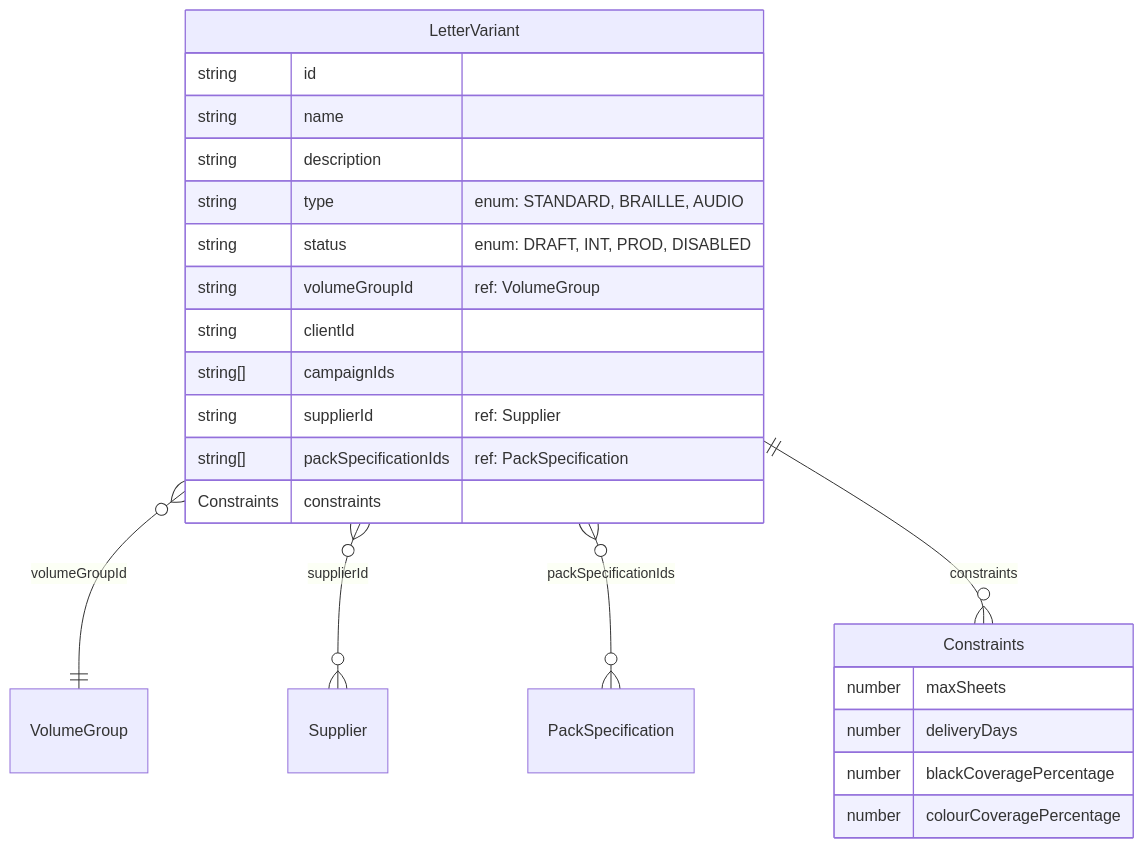
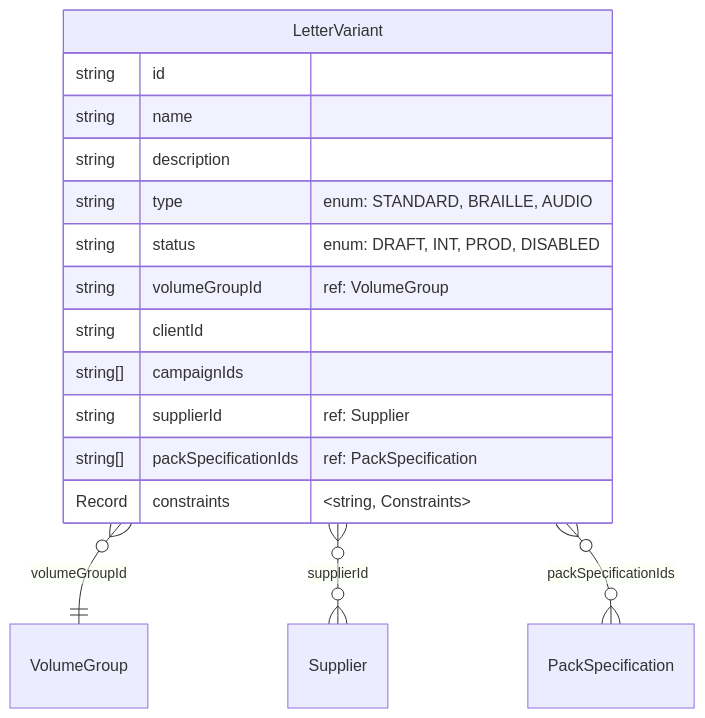
Before and after one commit to uk-gov-mirror/nhsdigital.nhs-notify-supplier-config: the second of 5 diagrams in packages/events/src/domain/erd.md, drawn with Mermaid. The commit also changed other lines of this file and 19 other files, not shown here.

````diff
--- a/packages/events/src/domain/erd.md
+++ b/packages/events/src/domain/erd.md
@@ -131,26 +121,19 @@
 ```mermaid
 erDiagram
     LetterVariant {
         string id
         string name
         string description
         string type "enum: STANDARD, BRAILLE, AUDIO"
         string status "enum: DRAFT, INT, PROD, DISABLED"
         string volumeGroupId "ref: VolumeGroup"
         string clientId
         string[] campaignIds
         string supplierId "ref: Supplier"
         string[] packSpecificationIds "ref: PackSpecification"
-        Constraints constraints
-    }
-    Constraints {
-        number maxSheets
-        number deliveryDays
-        number blackCoveragePercentage
-        number colourCoveragePercentage
+        Record constraints "&lt;string, Constraints&gt;"
     }
     LetterVariant }o--|| VolumeGroup : "volumeGroupId"
     LetterVariant }o--o{ Supplier : "supplierId"
     LetterVariant }o--o{ PackSpecification : "packSpecificationIds"
-    LetterVariant ||--o{ Constraints : "constraints"
 ```
````
